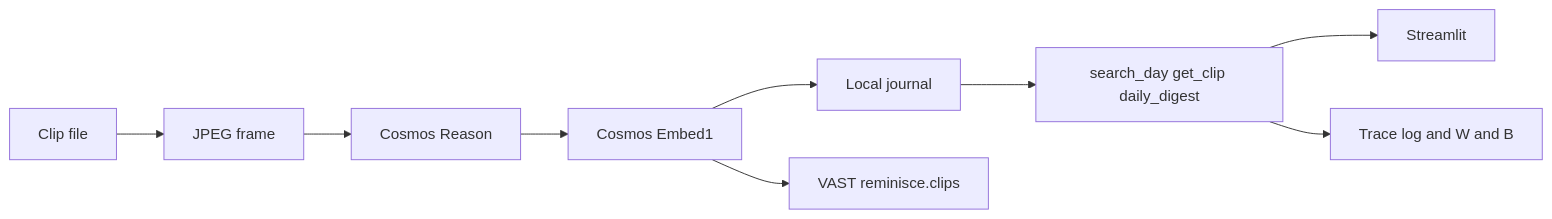
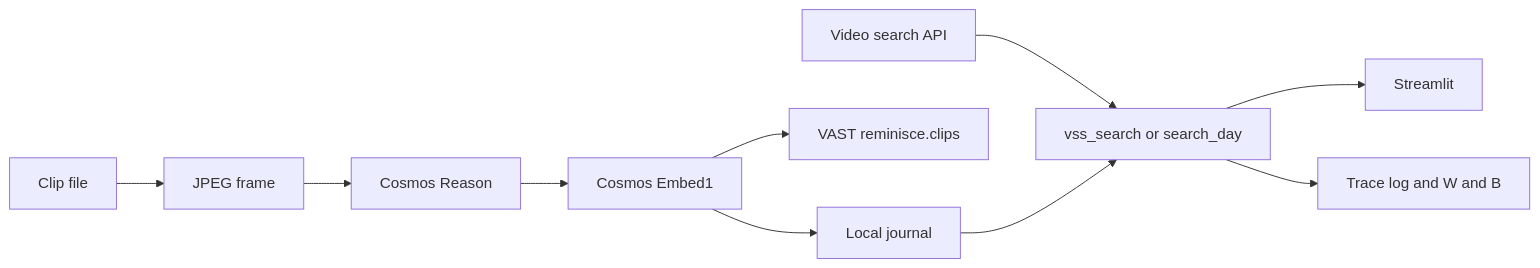
The diagram in README.md (prkshverma09/MyDay), drawn with Mermaid before and after one commit. The commit also changed other lines of this file and 18 other files, not shown here.

Commit message:
Search the video index before the local journal, and move the Streamlit UI into frontend.

````diff
--- a/README.md
+++ b/README.md
@@ -38,11 +38,12 @@
 ```mermaid
 flowchart LR
   clip[Clip file] --> frame[JPEG frame]
   frame --> cosmos[Cosmos Reason]
   cosmos --> embed[Cosmos Embed1]
   embed --> journal[Local journal]
   embed --> vast[VAST reminisce.clips]
-  journal --> agent[search_day get_clip daily_digest]
+  search[Video search API] --> agent[vss_search or search_day]
+  journal --> agent
   agent --> ui[Streamlit]
   agent --> trace[Trace log and W and B]
 ```
````
